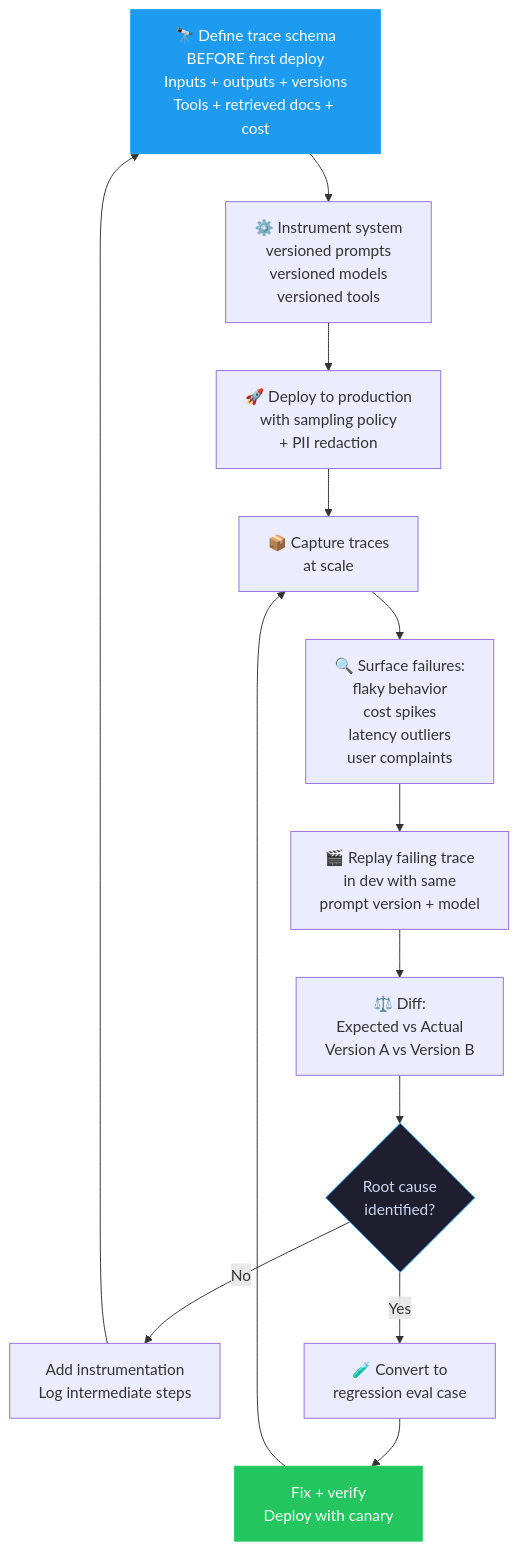
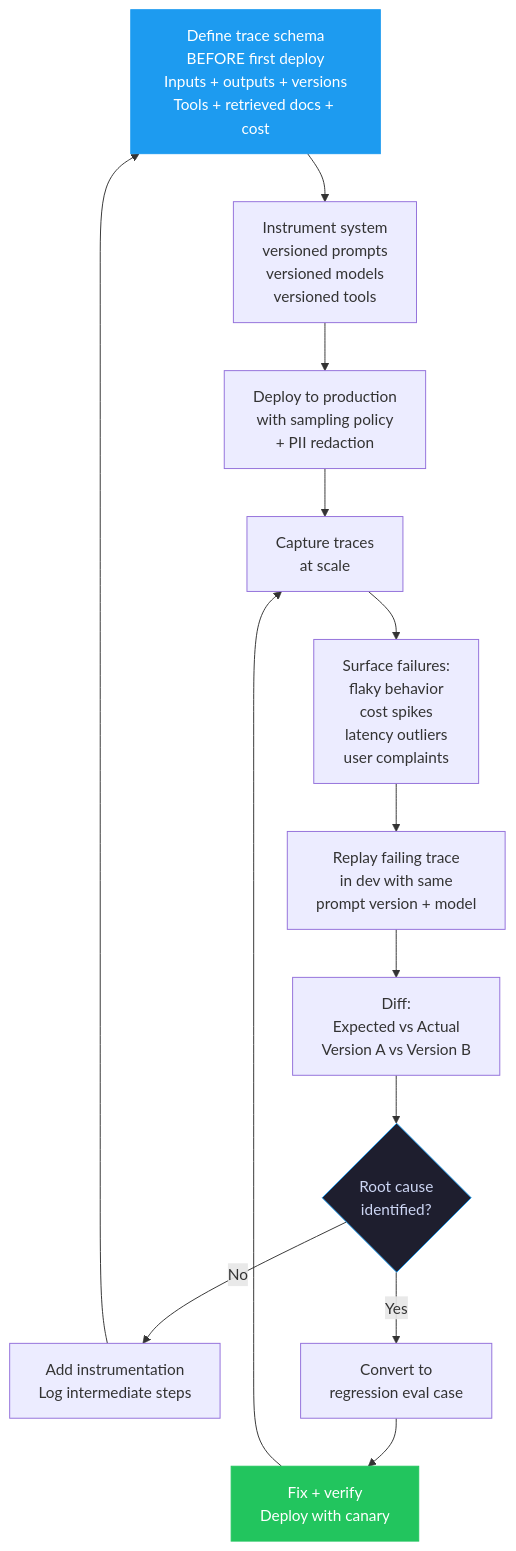
One commit to nicolad/vadim.blog changed the fourth of 10 diagrams in blog/2026/02-18-ai-sdlc-meta-approaches/index.md. Above: the diagram before and after it, drawn with Mermaid. The commit also changed other lines of this file, not shown here.

````diff
--- a/blog/2026/02-18-ai-sdlc-meta-approaches/index.md
+++ b/blog/2026/02-18-ai-sdlc-meta-approaches/index.md
@@ -213,19 +347,19 @@
 ```mermaid
 graph TD
-    A["🔭 Define trace schema\nBEFORE first deploy\nInputs + outputs + versions\nTools + retrieved docs + cost"] --> B["⚙️ Instrument system\nversioned prompts\nversioned models\nversioned tools"]
-    B --> C["🚀 Deploy to production\nwith sampling policy\n+ PII redaction"]
-    C --> D["📦 Capture traces\nat scale"]
-    D --> E["🔍 Surface failures:\nflaky behavior\ncost spikes\nlatency outliers\nuser complaints"]
-    E --> F["🎬 Replay failing trace\nin dev with same\nprompt version + model"]
-    F --> G["⚖️ Diff:\nExpected vs Actual\nVersion A vs Version B"]
+    A["Define trace schema\nBEFORE first deploy\nInputs + outputs + versions\nTools + retrieved docs + cost"] --> B["Instrument system\nversioned prompts\nversioned models\nversioned tools"]
+    B --> C["Deploy to production\nwith sampling policy\n+ PII redaction"]
+    C --> D["Capture traces\nat scale"]
+    D --> E["Surface failures:\nflaky behavior\ncost spikes\nlatency outliers\nuser complaints"]
+    E --> F["Replay failing trace\nin dev with same\nprompt version + model"]
+    F --> G["Diff:\nExpected vs Actual\nVersion A vs Version B"]
     G --> H{"Root cause\nidentified?"}
     H -- No --> I["Add instrumentation\nLog intermediate steps"]
     I --> A
-    H -- Yes --> J["🧪 Convert to\nregression eval case"]
+    H -- Yes --> J["Convert to\nregression eval case"]
     J --> K["Fix + verify\nDeploy with canary"]
     K --> D
 
     style A fill:#1d9bf0,stroke:#1d9bf0,color:#fff
     style K fill:#22c55e,stroke:#22c55e,color:#fff
     style H fill:#1e1e2e,stroke:#1d9bf0,color:#cdd6f4
 ```
````
